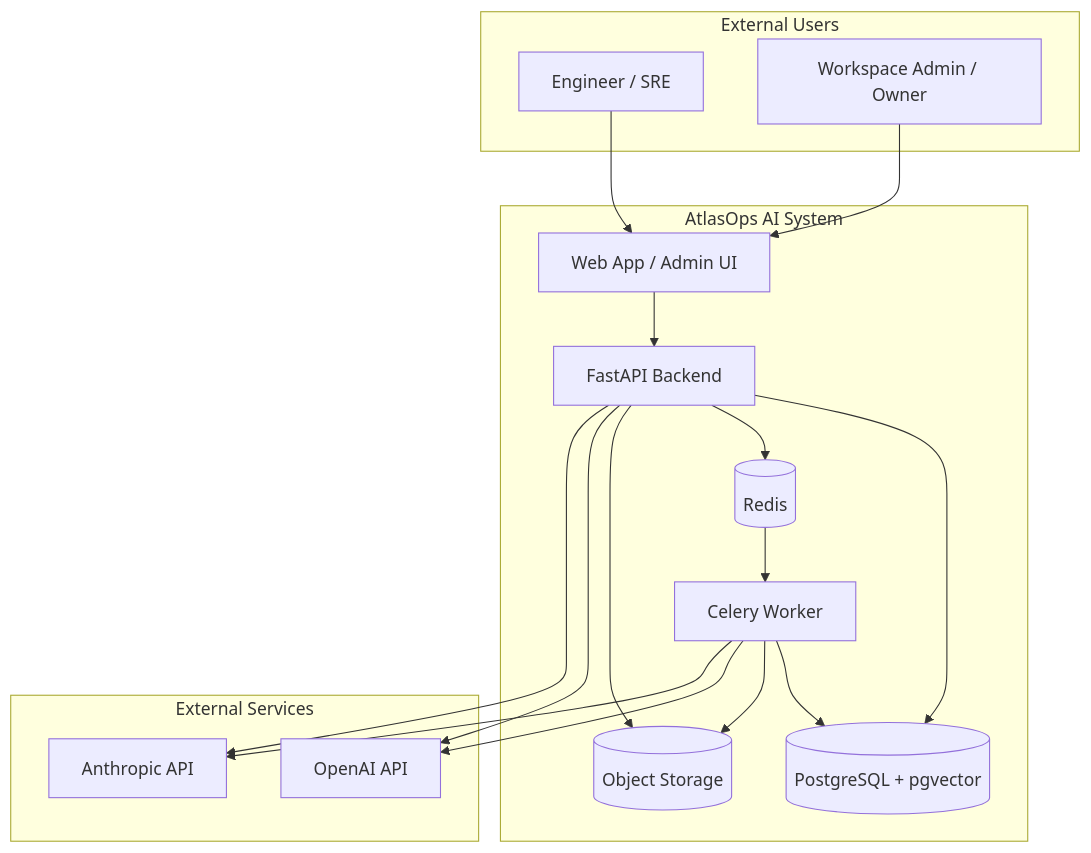
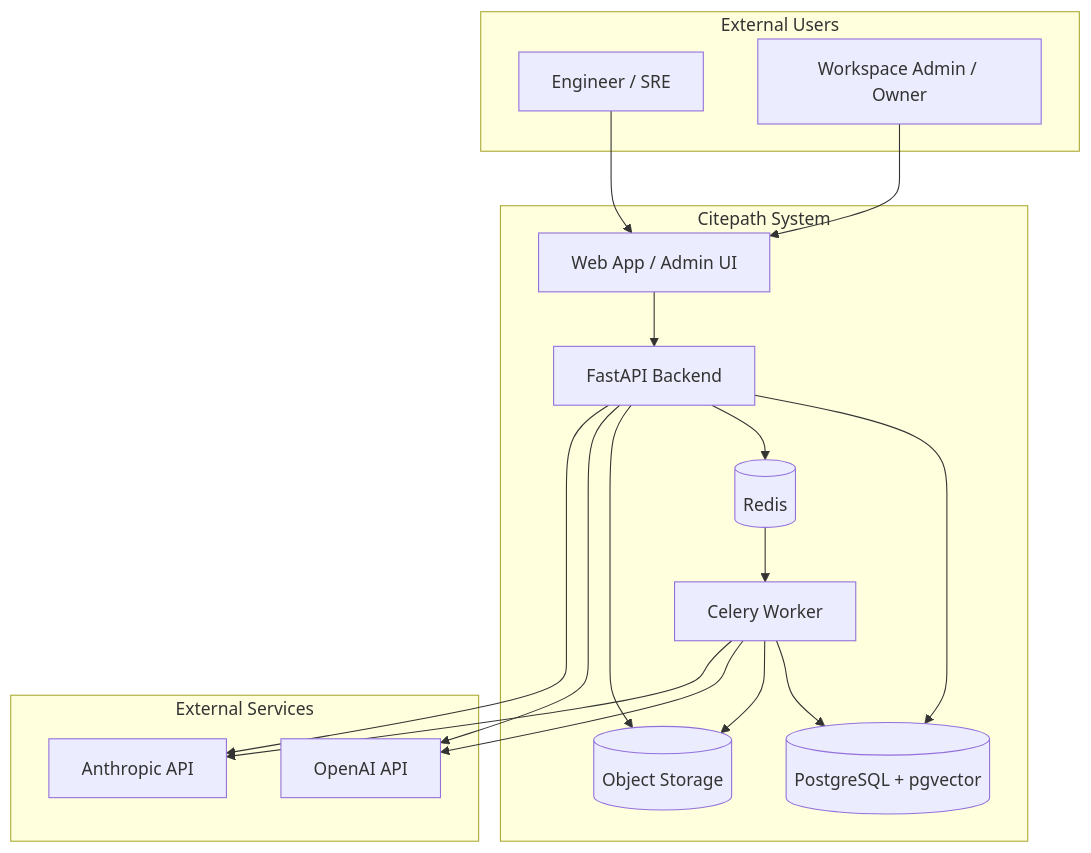
Before and after one commit to Andyphied/Citepath: the diagram in docs/diagrams/system-context.mmd, drawn with Mermaid. The commit also changed 56 other files, not shown here.

First line of the commit message:
refactor: rename AtlasOps AI to Citepath across the codebase

```diff
--- a/docs/diagrams/system-context.mmd
+++ b/docs/diagrams/system-context.mmd
@@ -1,33 +1,33 @@
 flowchart TB
   subgraph actors [External Users]
     Engineer[Engineer / SRE]
     Admin[Workspace Admin / Owner]
   end
 
-  subgraph atlasops [AtlasOps AI System]
+  subgraph citepath [Citepath System]
     WebApp[Web App / Admin UI]
     API[FastAPI Backend]
     Worker[Celery Worker]
     DB[(PostgreSQL + pgvector)]
     Redis[(Redis)]
     Storage[(Object Storage)]
   end
 
   subgraph external [External Services]
     OpenAI[OpenAI API]
     Anthropic[Anthropic API]
   end
 
   Engineer --> WebApp
   Admin --> WebApp
   WebApp --> API
   API --> DB
   API --> Redis
   API --> Storage
   API --> OpenAI
   API --> Anthropic
   Redis --> Worker
   Worker --> DB
   Worker --> Storage
   Worker --> OpenAI
   Worker --> Anthropic
```
